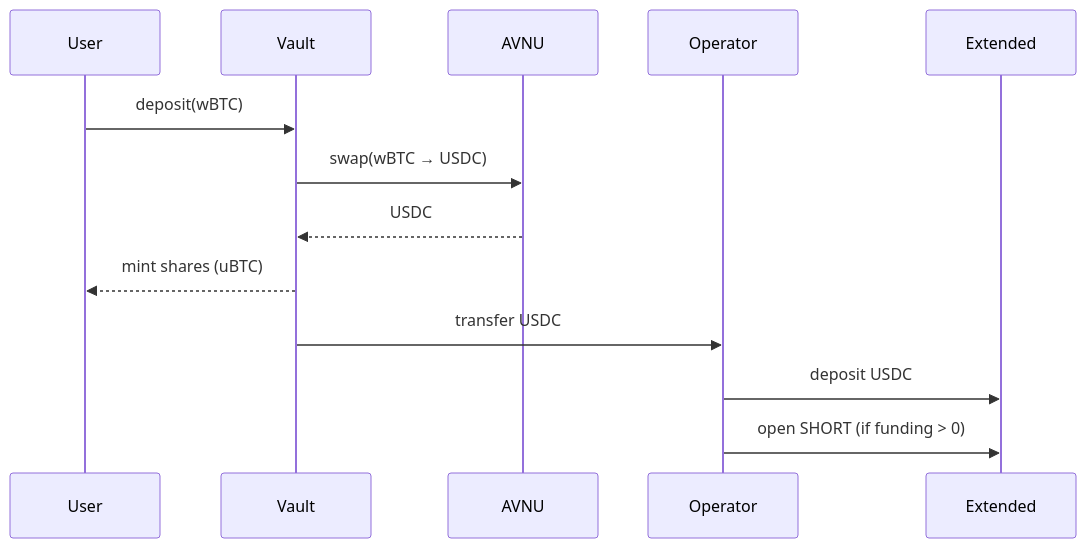
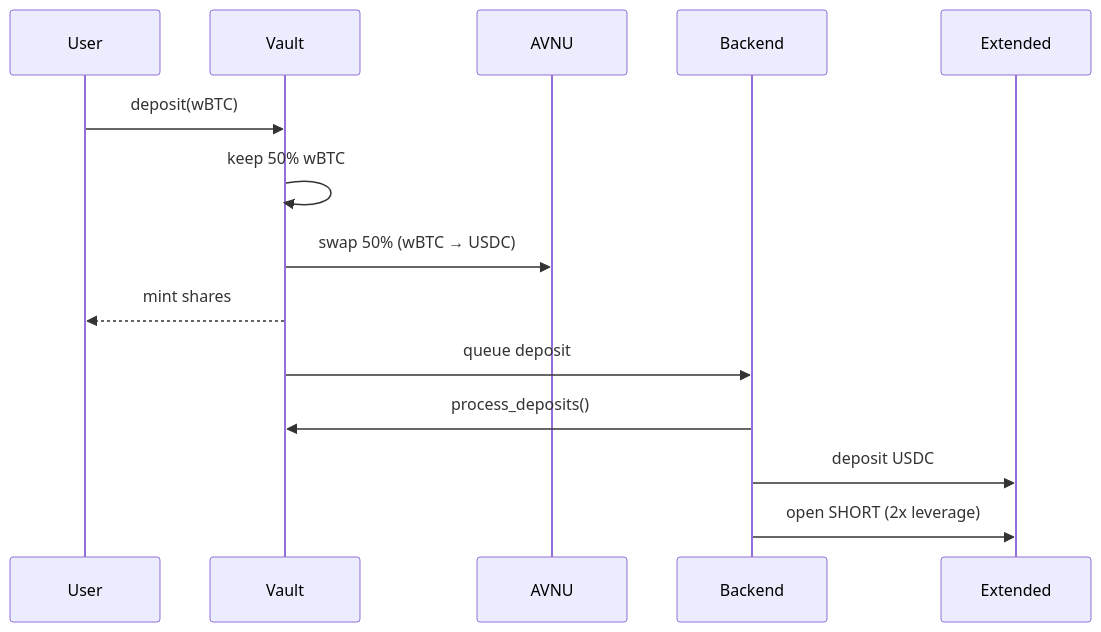
The first of 2 diagrams in docs/02-how-it-works.md (adrianvrj/unbound), drawn with Mermaid before and after one commit. The commit also changed other lines of this file and 5 other files, not shown here.

````diff
--- a/docs/02-how-it-works.md
+++ b/docs/02-how-it-works.md
@@ -31,16 +29,17 @@
 ```mermaid
 sequenceDiagram
     participant User
     participant Vault
     participant AVNU
-    participant Operator
+    participant Backend
     participant Extended
 
     User->>Vault: deposit(wBTC)
-    Vault->>AVNU: swap(wBTC → USDC)
-    AVNU-->>Vault: USDC
-    Vault-->>User: mint shares (uBTC)
-    Vault->>Operator: transfer USDC
-    Operator->>Extended: deposit USDC
-    Operator->>Extended: open SHORT (if funding > 0)
+    Vault->>Vault: keep 50% wBTC
+    Vault->>AVNU: swap 50% (wBTC → USDC)
+    Vault-->>User: mint shares
+    Vault->>Backend: queue deposit
+    Backend->>Vault: process_deposits()
+    Backend->>Extended: deposit USDC
+    Backend->>Extended: open SHORT (2x leverage)
 ```
````
